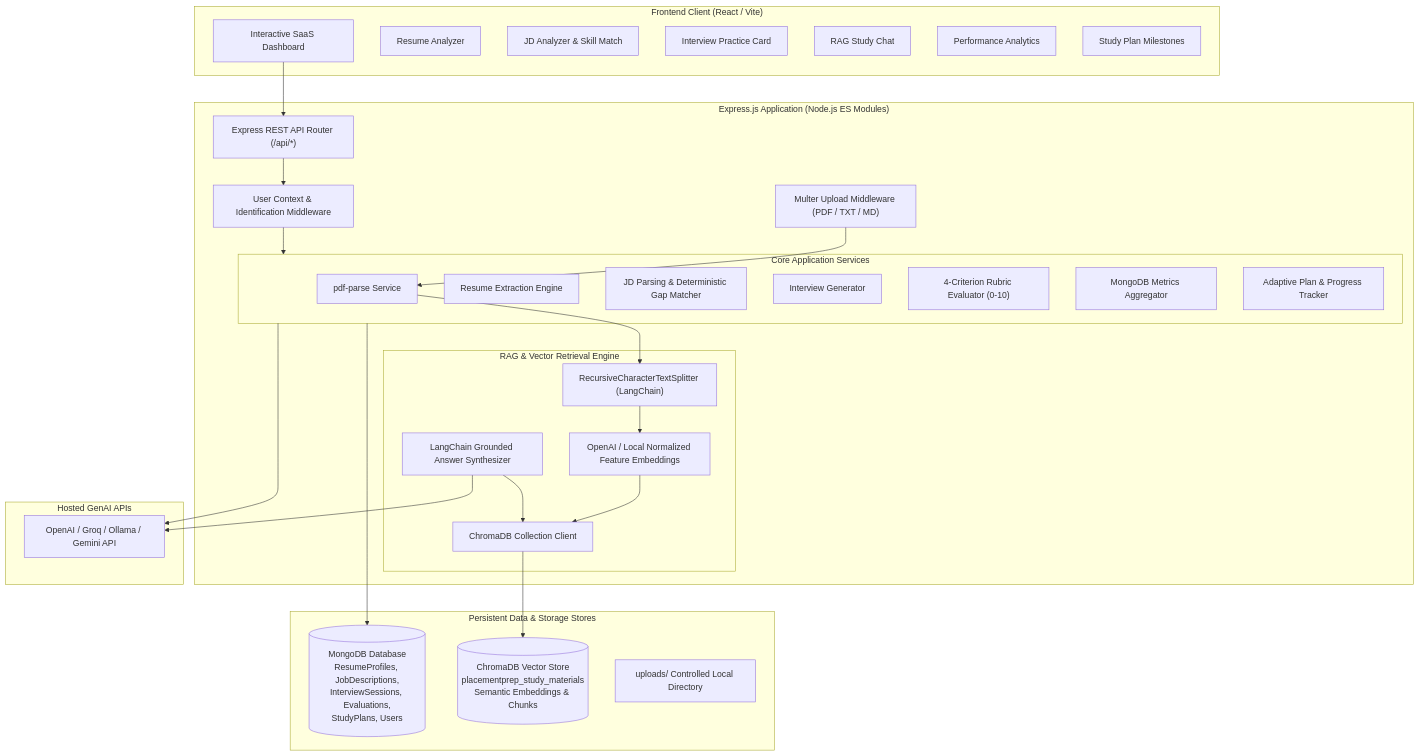
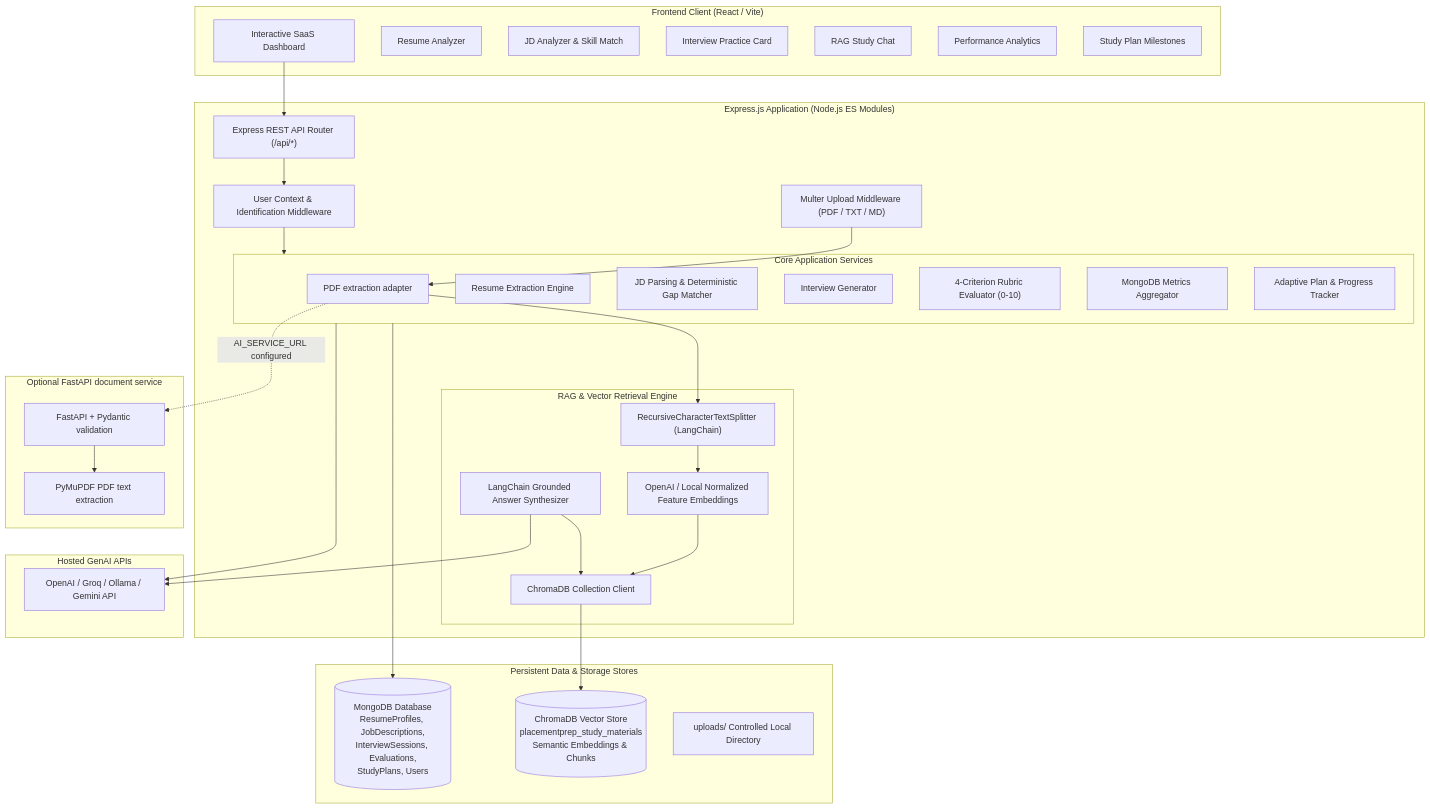
The diagram in README.md (Muskansinha112/Placementprep), drawn with Mermaid before and after one commit. The commit also changed other lines of this file and 8 other files, not shown here.

Commit message:
Add optional FastAPI PDF processing service

````diff
--- a/README.md
+++ b/README.md
@@ -26,54 +26,61 @@
 ```mermaid
 flowchart TD
     subgraph Client["Frontend Client (React / Vite)"]
         UI[Interactive SaaS Dashboard]
         Tab1[Resume Analyzer]
         Tab2[JD Analyzer & Skill Match]
         Tab3[Interview Practice Card]
         Tab4[RAG Study Chat]
         Tab5[Performance Analytics]
         Tab6[Study Plan Milestones]
     end
 
     subgraph Server["Express.js Application (Node.js ES Modules)"]
         Router["Express REST API Router (/api/*)"]
         AuthMiddleware["User Context & Identification Middleware"]
         Multer["Multer Upload Middleware (PDF / TXT / MD)"]
         
         subgraph Services["Core Application Services"]
-            PDF["pdf-parse Service"]
+            PDF["PDF extraction adapter"]
             ResumeService["Resume Extraction Engine"]
             JobService["JD Parsing & Deterministic Gap Matcher"]
             InterviewService["Interview Generator"]
             EvalService["4-Criterion Rubric Evaluator (0-10)"]
             AnalyticsService["MongoDB Metrics Aggregator"]
             StudyPlanService["Adaptive Plan & Progress Tracker"]
         end
 
         subgraph RAGPipeline["RAG & Vector Retrieval Engine"]
             Splitter["RecursiveCharacterTextSplitter (LangChain)"]
             Embeddings["OpenAI / Local Normalized Feature Embeddings"]
             VectorStore["ChromaDB Collection Client"]
             AnswerGen["LangChain Grounded Answer Synthesizer"]
         end
     end
 
+    subgraph PythonService["Optional FastAPI document service"]
+        PyPDF["PyMuPDF PDF text extraction"]
+        PyAPI["FastAPI + Pydantic validation"]
+        PyAPI --> PyPDF
+    end
+
     subgraph Data["Persistent Data & Storage Stores"]
         MongoDB[(MongoDB Database\nResumeProfiles, JobDescriptions,\nInterviewSessions, Evaluations,\nStudyPlans, Users)]
         ChromaDB[(ChromaDB Vector Store\nplacementprep_study_materials\nSemantic Embeddings & Chunks)]
         Storage[uploads/ Controlled Local Directory]
     end
 
     subgraph Models["Hosted GenAI APIs"]
         LLM[OpenAI / Groq / Ollama / Gemini API]
     end
 
     UI --> Router
     Router --> AuthMiddleware --> Services
     Multer --> PDF
+    PDF -. "AI_SERVICE_URL configured" .-> PyAPI
     Services --> MongoDB
     Services --> LLM
     PDF --> Splitter --> Embeddings --> VectorStore --> ChromaDB
     AnswerGen --> VectorStore
     AnswerGen --> LLM
 ```
````
